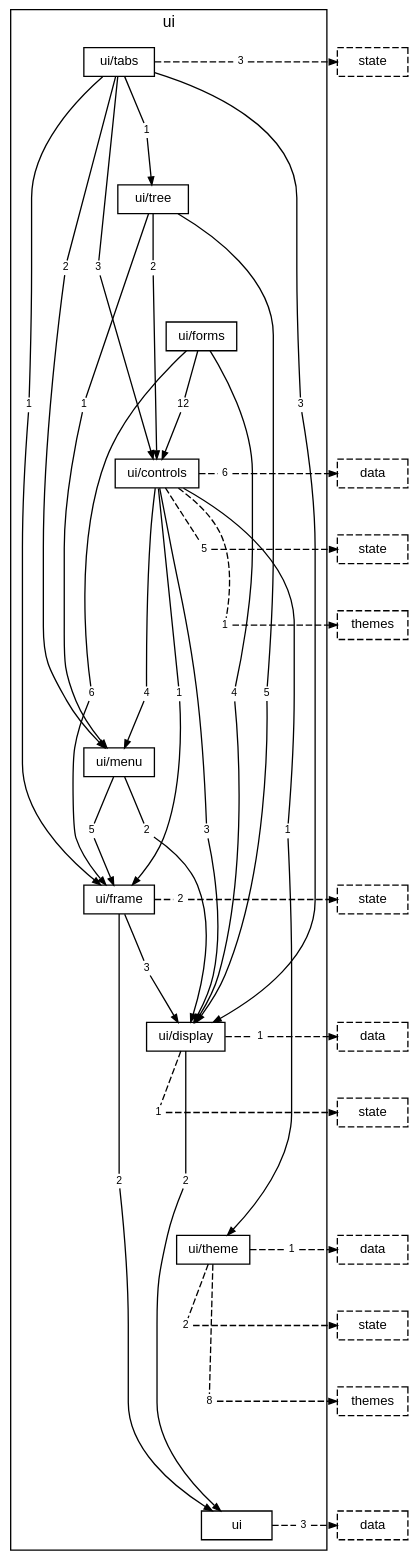
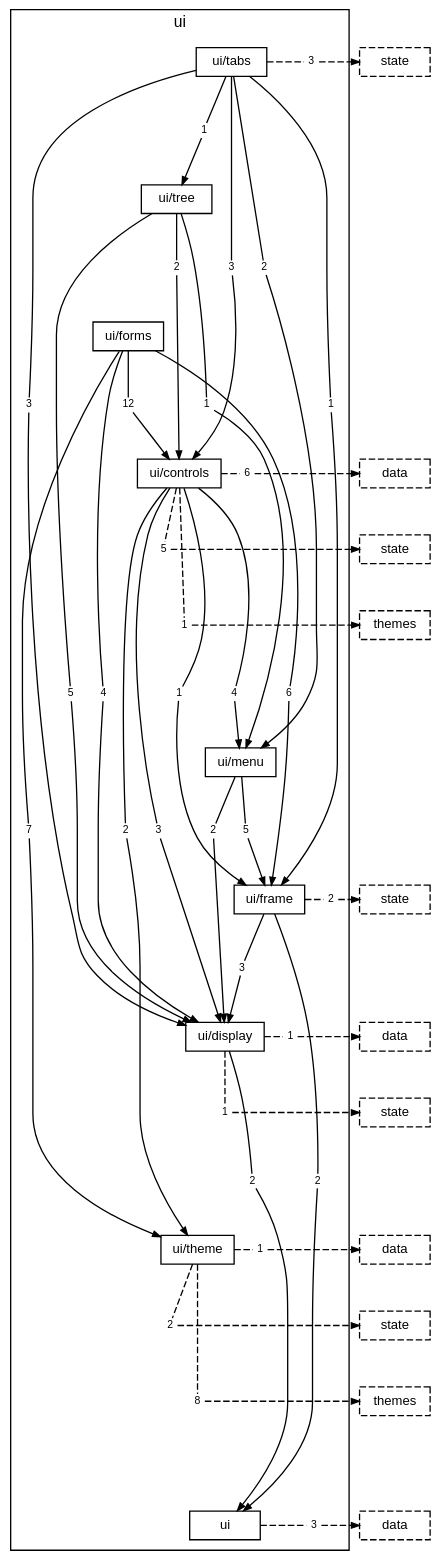
The diagram in docs/diagrams/layer-ui.dot (TheAxeC/oculus), drawn with Graphviz before and after one commit. The commit also changed 58 other files, not shown here.

First line of the commit message:
Land Q72, the architecture re-read and its carried fixes

```diff
--- a/docs/diagrams/layer-ui.dot
+++ b/docs/diagrams/layer-ui.dot
@@ -1,140 +1,143 @@
 digraph layer_ui {
     graph [bgcolor="transparent", rankdir=TB, newrank=true, mclimit=4, fontname="Helvetica,Arial,sans-serif", fontsize=12, nodesep=0.2, ranksep=0.5];
     node [shape=box, color="black", fontcolor="black", fontname="Helvetica,Arial,sans-serif", fontsize=10, height=0.3, margin="0.12,0.04"];
     edge [color="black", fontcolor="black", fontname="Helvetica,Arial,sans-serif", fontsize=8, arrowsize=0.6];
     subgraph "cluster_ui" {
         label="ui"; style=solid;
         "folder ui/tabs" [label="ui/tabs"];
         "folder ui/tree" [label="ui/tree"];
         "folder ui/forms" [label="ui/forms"];
         "folder ui/controls" [label="ui/controls"];
         "folder ui/menu" [label="ui/menu"];
         "folder ui/frame" [label="ui/frame"];
         "folder ui/display" [label="ui/display"];
         "folder ui/theme" [label="ui/theme"];
         "folder ui" [label="ui"];
         "folder ui/tabs to folder ui/controls" [label="3", shape=box, color="transparent", fontsize=8, width=0, height=0, margin="0.04,0.02"];
         "folder ui/tabs to folder ui/display" [label="3", shape=box, color="transparent", fontsize=8, width=0, height=0, margin="0.04,0.02"];
         "folder ui/tabs to folder ui/frame" [label="1", shape=box, color="transparent", fontsize=8, width=0, height=0, margin="0.04,0.02"];
         "folder ui/tabs to folder ui/menu" [label="2", shape=box, color="transparent", fontsize=8, width=0, height=0, margin="0.04,0.02"];
         "folder ui/tabs to folder ui/tree" [label="1", shape=box, color="transparent", fontsize=8, width=0, height=0, margin="0.04,0.02"];
         "folder ui/tabs to layer state" [label="3", shape=box, color="transparent", fontsize=8, width=0, height=0, margin="0.04,0.02"];
         "folder ui/tree to folder ui/controls" [label="2", shape=box, color="transparent", fontsize=8, width=0, height=0, margin="0.04,0.02"];
         "folder ui/tree to folder ui/display" [label="5", shape=box, color="transparent", fontsize=8, width=0, height=0, margin="0.04,0.02"];
         "folder ui/tree to folder ui/menu" [label="1", shape=box, color="transparent", fontsize=8, width=0, height=0, margin="0.04,0.02"];
         "folder ui/forms to folder ui/controls" [label="12", shape=box, color="transparent", fontsize=8, width=0, height=0, margin="0.04,0.02"];
         "folder ui/forms to folder ui/display" [label="4", shape=box, color="transparent", fontsize=8, width=0, height=0, margin="0.04,0.02"];
         "folder ui/forms to folder ui/frame" [label="6", shape=box, color="transparent", fontsize=8, width=0, height=0, margin="0.04,0.02"];
+        "folder ui/forms to folder ui/theme" [label="7", shape=box, color="transparent", fontsize=8, width=0, height=0, margin="0.04,0.02"];
         "folder ui/controls to folder ui/display" [label="3", shape=box, color="transparent", fontsize=8, width=0, height=0, margin="0.04,0.02"];
         "folder ui/controls to folder ui/frame" [label="1", shape=box, color="transparent", fontsize=8, width=0, height=0, margin="0.04,0.02"];
         "folder ui/controls to folder ui/menu" [label="4", shape=box, color="transparent", fontsize=8, width=0, height=0, margin="0.04,0.02"];
-        "folder ui/controls to folder ui/theme" [label="1", shape=box, color="transparent", fontsize=8, width=0, height=0, margin="0.04,0.02"];
+        "folder ui/controls to folder ui/theme" [label="2", shape=box, color="transparent", fontsize=8, width=0, height=0, margin="0.04,0.02"];
         "folder ui/controls to layer data" [label="6", shape=box, color="transparent", fontsize=8, width=0, height=0, margin="0.04,0.02"];
         "folder ui/controls to layer state" [label="5", shape=box, color="transparent", fontsize=8, width=0, height=0, margin="0.04,0.02"];
         "folder ui/controls to layer themes" [label="1", shape=box, color="transparent", fontsize=8, width=0, height=0, margin="0.04,0.02"];
         "folder ui/menu to folder ui/display" [label="2", shape=box, color="transparent", fontsize=8, width=0, height=0, margin="0.04,0.02"];
         "folder ui/menu to folder ui/frame" [label="5", shape=box, color="transparent", fontsize=8, width=0, height=0, margin="0.04,0.02"];
         "folder ui/frame to folder ui" [label="2", shape=box, color="transparent", fontsize=8, width=0, height=0, margin="0.04,0.02"];
         "folder ui/frame to folder ui/display" [label="3", shape=box, color="transparent", fontsize=8, width=0, height=0, margin="0.04,0.02"];
         "folder ui/frame to layer state" [label="2", shape=box, color="transparent", fontsize=8, width=0, height=0, margin="0.04,0.02"];
         "folder ui/display to folder ui" [label="2", shape=box, color="transparent", fontsize=8, width=0, height=0, margin="0.04,0.02"];
         "folder ui/display to layer data" [label="1", shape=box, color="transparent", fontsize=8, width=0, height=0, margin="0.04,0.02"];
         "folder ui/display to layer state" [label="1", shape=box, color="transparent", fontsize=8, width=0, height=0, margin="0.04,0.02"];
         "folder ui/theme to layer data" [label="1", shape=box, color="transparent", fontsize=8, width=0, height=0, margin="0.04,0.02"];
         "folder ui/theme to layer state" [label="2", shape=box, color="transparent", fontsize=8, width=0, height=0, margin="0.04,0.02"];
         "folder ui/theme to layer themes" [label="8", shape=box, color="transparent", fontsize=8, width=0, height=0, margin="0.04,0.02"];
         "folder ui to layer data" [label="3", shape=box, color="transparent", fontsize=8, width=0, height=0, margin="0.04,0.02"];
     }
     "layer state from folder ui/tabs" [label="state", style=dashed];
     "layer data from folder ui/controls" [label="data", style=dashed];
     "layer state from folder ui/controls" [label="state", style=dashed];
     "layer themes from folder ui/controls" [label="themes", style=dashed];
     "layer state from folder ui/frame" [label="state", style=dashed];
     "layer data from folder ui/display" [label="data", style=dashed];
     "layer state from folder ui/display" [label="state", style=dashed];
     "layer data from folder ui/theme" [label="data", style=dashed];
     "layer state from folder ui/theme" [label="state", style=dashed];
     "layer themes from folder ui/theme" [label="themes", style=dashed];
     "layer data from folder ui" [label="data", style=dashed];
     "folder ui/tabs" -> "folder ui/tree" [style=invis, weight=10, minlen=2];
     "folder ui/tree" -> "folder ui/forms" [style=invis, weight=10, minlen=2];
     "folder ui/forms" -> "folder ui/controls" [style=invis, weight=10, minlen=2];
     "folder ui/controls" -> "folder ui/menu" [style=invis, weight=10, minlen=4];
     "folder ui/menu" -> "folder ui/frame" [style=invis, weight=10, minlen=2];
     "folder ui/frame" -> "folder ui/display" [style=invis, weight=10, minlen=2];
     "folder ui/display" -> "folder ui/theme" [style=invis, weight=10, minlen=3];
     "folder ui/theme" -> "folder ui" [style=invis, weight=10, minlen=4];
     "folder ui/tabs" -> "folder ui/tabs to folder ui/controls" [arrowhead=none, minlen=3, weight=10];
     "folder ui/tabs to folder ui/controls" -> "folder ui/controls" [];
     "folder ui/tabs" -> "folder ui/tabs to folder ui/display" [arrowhead=none, minlen=5, weight=10];
     "folder ui/tabs to folder ui/display" -> "folder ui/display" [];
     "folder ui/tabs" -> "folder ui/tabs to folder ui/frame" [arrowhead=none, minlen=5, weight=10];
     "folder ui/tabs to folder ui/frame" -> "folder ui/frame" [];
     "folder ui/tabs" -> "folder ui/tabs to folder ui/menu" [arrowhead=none, minlen=3, weight=10];
     "folder ui/tabs to folder ui/menu" -> "folder ui/menu" [];
     "folder ui/tabs" -> "folder ui/tabs to folder ui/tree" [arrowhead=none, minlen=1, weight=10];
     "folder ui/tabs to folder ui/tree" -> "folder ui/tree" [];
     "folder ui/tabs" -> "folder ui/tabs to layer state" [arrowhead=none, style=dashed];
     "folder ui/tabs to layer state" -> "layer state from folder ui/tabs" [style=dashed];
     { rank=same; "folder ui/tabs"; "folder ui/tabs to layer state"; "layer state from folder ui/tabs"; }
     "folder ui/tree" -> "folder ui/tree to folder ui/controls" [arrowhead=none, minlen=1, weight=10];
     "folder ui/tree to folder ui/controls" -> "folder ui/controls" [];
     "folder ui/tree" -> "folder ui/tree to folder ui/display" [arrowhead=none, minlen=7, weight=10];
     "folder ui/tree to folder ui/display" -> "folder ui/display" [];
     "folder ui/tree" -> "folder ui/tree to folder ui/menu" [arrowhead=none, minlen=3, weight=10];
     "folder ui/tree to folder ui/menu" -> "folder ui/menu" [];
     "folder ui/forms" -> "folder ui/forms to folder ui/controls" [arrowhead=none, minlen=1, weight=10];
     "folder ui/forms to folder ui/controls" -> "folder ui/controls" [];
     "folder ui/forms" -> "folder ui/forms to folder ui/display" [arrowhead=none, minlen=5, weight=10];
     "folder ui/forms to folder ui/display" -> "folder ui/display" [];
     "folder ui/forms" -> "folder ui/forms to folder ui/frame" [arrowhead=none, minlen=5, weight=10];
     "folder ui/forms to folder ui/frame" -> "folder ui/frame" [];
+    "folder ui/forms" -> "folder ui/forms to folder ui/theme" [arrowhead=none, minlen=7, weight=10];
+    "folder ui/forms to folder ui/theme" -> "folder ui/theme" [];
     "folder ui/controls" -> "folder ui/controls to folder ui/display" [arrowhead=none, minlen=5, weight=10];
     "folder ui/controls to folder ui/display" -> "folder ui/display" [];
     "folder ui/controls" -> "folder ui/controls to folder ui/frame" [arrowhead=none, minlen=3, weight=10];
     "folder ui/controls to folder ui/frame" -> "folder ui/frame" [];
     "folder ui/controls" -> "folder ui/controls to folder ui/menu" [arrowhead=none, minlen=3, weight=10];
     "folder ui/controls to folder ui/menu" -> "folder ui/menu" [];
     "folder ui/controls" -> "folder ui/controls to folder ui/theme" [arrowhead=none, minlen=5, weight=10];
     "folder ui/controls to folder ui/theme" -> "folder ui/theme" [];
     "folder ui/controls" -> "folder ui/controls to layer data" [arrowhead=none, style=dashed];
     "folder ui/controls to layer data" -> "layer data from folder ui/controls" [style=dashed];
     { rank=same; "folder ui/controls"; "folder ui/controls to layer data"; "layer data from folder ui/controls"; }
     "folder ui/controls" -> "folder ui/controls to layer state" [arrowhead=none, style=dashed, minlen=1, weight=10];
     "folder ui/controls to layer state" -> "layer state from folder ui/controls" [style=dashed];
     { rank=same; "folder ui/controls to layer state"; "layer state from folder ui/controls"; }
     "folder ui/controls" -> "folder ui/controls to layer themes" [arrowhead=none, style=dashed, minlen=2, weight=10];
     "folder ui/controls to layer themes" -> "layer themes from folder ui/controls" [style=dashed];
     { rank=same; "folder ui/controls to layer themes"; "layer themes from folder ui/controls"; }
     "folder ui/menu" -> "folder ui/menu to folder ui/display" [arrowhead=none, minlen=1, weight=10];
     "folder ui/menu to folder ui/display" -> "folder ui/display" [];
     "folder ui/menu" -> "folder ui/menu to folder ui/frame" [arrowhead=none, minlen=1, weight=10];
     "folder ui/menu to folder ui/frame" -> "folder ui/frame" [];
     "folder ui/frame" -> "folder ui/frame to folder ui" [arrowhead=none, minlen=4, weight=10];
     "folder ui/frame to folder ui" -> "folder ui" [];
     "folder ui/frame" -> "folder ui/frame to folder ui/display" [arrowhead=none, minlen=1, weight=10];
     "folder ui/frame to folder ui/display" -> "folder ui/display" [];
     "folder ui/frame" -> "folder ui/frame to layer state" [arrowhead=none, style=dashed];
     "folder ui/frame to layer state" -> "layer state from folder ui/frame" [style=dashed];
     { rank=same; "folder ui/frame"; "folder ui/frame to layer state"; "layer state from folder ui/frame"; }
     "folder ui/display" -> "folder ui/display to folder ui" [arrowhead=none, minlen=2, weight=10];
     "folder ui/display to folder ui" -> "folder ui" [];
     "folder ui/display" -> "folder ui/display to layer data" [arrowhead=none, style=dashed];
     "folder ui/display to layer data" -> "layer data from folder ui/display" [style=dashed];
     { rank=same; "folder ui/display"; "folder ui/display to layer data"; "layer data from folder ui/display"; }
     "folder ui/display" -> "folder ui/display to layer state" [arrowhead=none, style=dashed, minlen=1, weight=10];
     "folder ui/display to layer state" -> "layer state from folder ui/display" [style=dashed];
     { rank=same; "folder ui/display to layer state"; "layer state from folder ui/display"; }
     "folder ui/theme" -> "folder ui/theme to layer data" [arrowhead=none, style=dashed];
     "folder ui/theme to layer data" -> "layer data from folder ui/theme" [style=dashed];
     { rank=same; "folder ui/theme"; "folder ui/theme to layer data"; "layer data from folder ui/theme"; }
     "folder ui/theme" -> "folder ui/theme to layer state" [arrowhead=none, style=dashed, minlen=1, weight=10];
     "folder ui/theme to layer state" -> "layer state from folder ui/theme" [style=dashed];
     { rank=same; "folder ui/theme to layer state"; "layer state from folder ui/theme"; }
     "folder ui/theme" -> "folder ui/theme to layer themes" [arrowhead=none, style=dashed, minlen=2, weight=10];
     "folder ui/theme to layer themes" -> "layer themes from folder ui/theme" [style=dashed];
     { rank=same; "folder ui/theme to layer themes"; "layer themes from folder ui/theme"; }
     "folder ui" -> "folder ui to layer data" [arrowhead=none, style=dashed];
     "folder ui to layer data" -> "layer data from folder ui" [style=dashed];
     { rank=same; "folder ui"; "folder ui to layer data"; "layer data from folder ui"; }
 }
```
